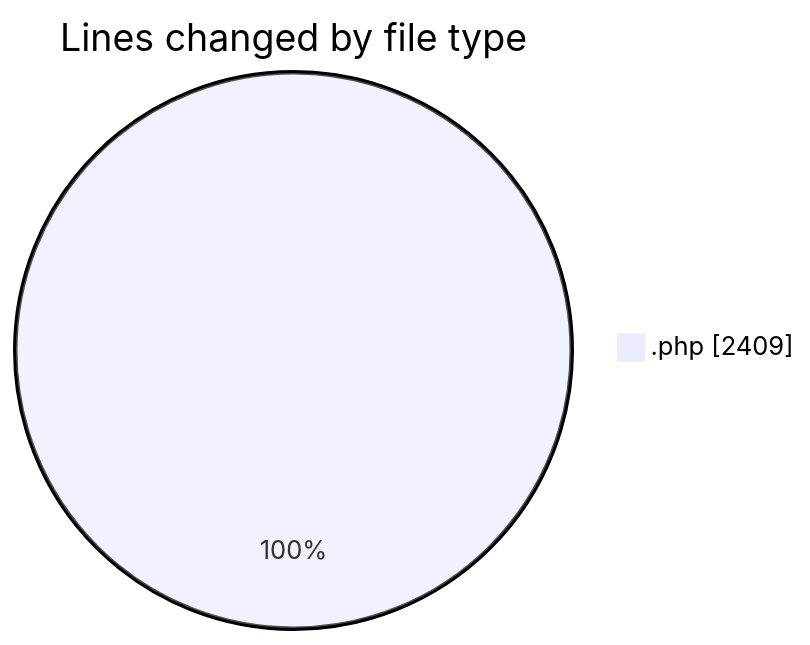
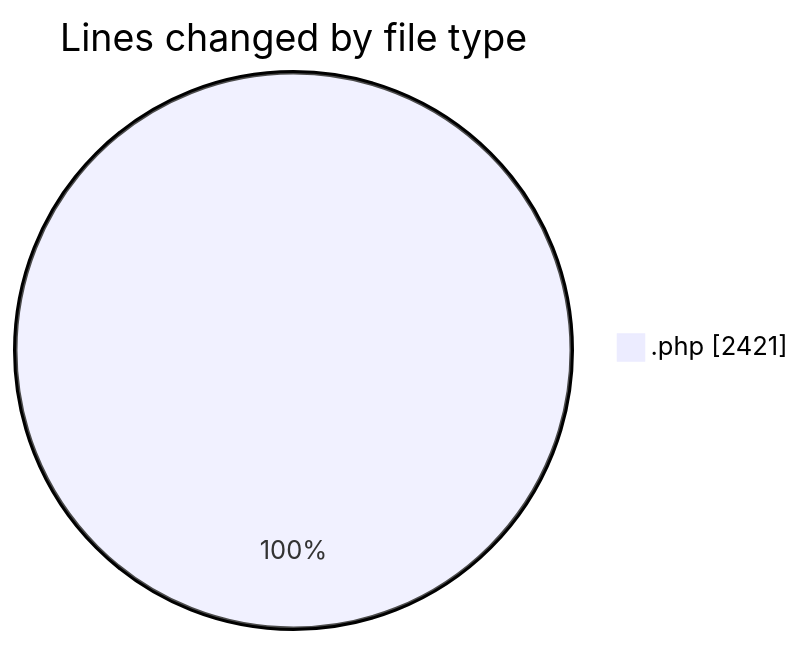
Before and after one commit to debugP/code-tracking: the first of 2 diagrams in 2025-10-08/untitled__workspace_/README.md, drawn with Mermaid. The commit also changed other lines of this file and 1 other file, not shown here.

````diff
--- a/2025-10-08/untitled__workspace_/README.md
+++ b/2025-10-08/untitled__workspace_/README.md
@@ -24,5 +24,5 @@
 ```mermaid
 pie showData
 title Lines changed by file type
-".php" : 2409
+".php" : 2421
 ```
````
